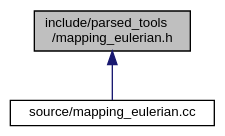
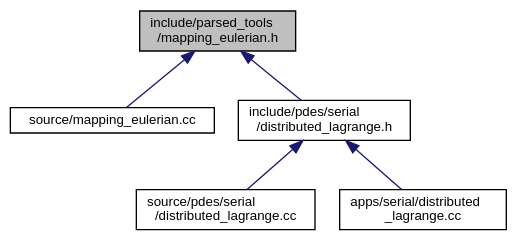
One commit to luca-heltai/fsi-suite changed the diagram in mapping__eulerian_8h__dep__incl.dot. Above: the diagram before and after it, drawn with Graphviz. The commit also changed 693 other files, not shown here.

```diff
--- a/mapping__eulerian_8h__dep__incl.dot
+++ b/mapping__eulerian_8h__dep__incl.dot
@@ -1,10 +1,16 @@
 digraph "include/parsed_tools/mapping_eulerian.h"
 {
  // LATEX_PDF_SIZE
   bgcolor="transparent";
   edge [fontname="Helvetica",fontsize="10",labelfontname="Helvetica",labelfontsize="10"];
   node [fontname="Helvetica",fontsize="10",shape=record];
   Node1 [label="include/parsed_tools\l/mapping_eulerian.h",height=0.2,width=0.4,color="black", fillcolor="grey75", style="filled", fontcolor="black",tooltip=" "];
   Node1 -> Node2 [dir="back",color="midnightblue",fontsize="10",style="solid",fontname="Helvetica"];
   Node2 [label="source/mapping_eulerian.cc",height=0.2,width=0.4,color="black",URL="$mapping__eulerian_8cc.html",tooltip=" "];
+  Node1 -> Node3 [dir="back",color="midnightblue",fontsize="10",style="solid",fontname="Helvetica"];
+  Node3 [label="include/pdes/serial\l/distributed_lagrange.h",height=0.2,width=0.4,color="black",URL="$distributed__lagrange_8h.html",tooltip=" "];
+  Node3 -> Node4 [dir="back",color="midnightblue",fontsize="10",style="solid",fontname="Helvetica"];
+  Node4 [label="source/pdes/serial\l/distributed_lagrange.cc",height=0.2,width=0.4,color="black",URL="$source_2pdes_2serial_2distributed__lagrange_8cc.html",tooltip=" "];
+  Node3 -> Node5 [dir="back",color="midnightblue",fontsize="10",style="solid",fontname="Helvetica"];
+  Node5 [label="apps/serial/distributed\l_lagrange.cc",height=0.2,width=0.4,color="black",URL="$apps_2serial_2distributed__lagrange_8cc.html",tooltip=" "];
 }
```
